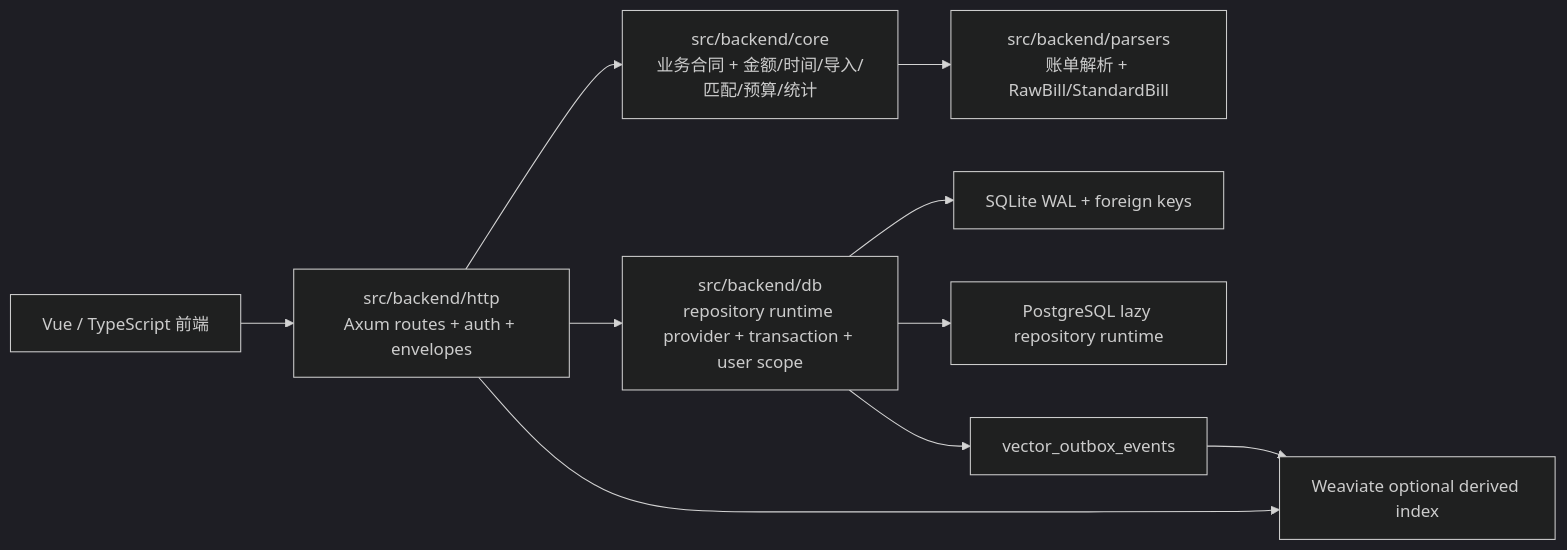
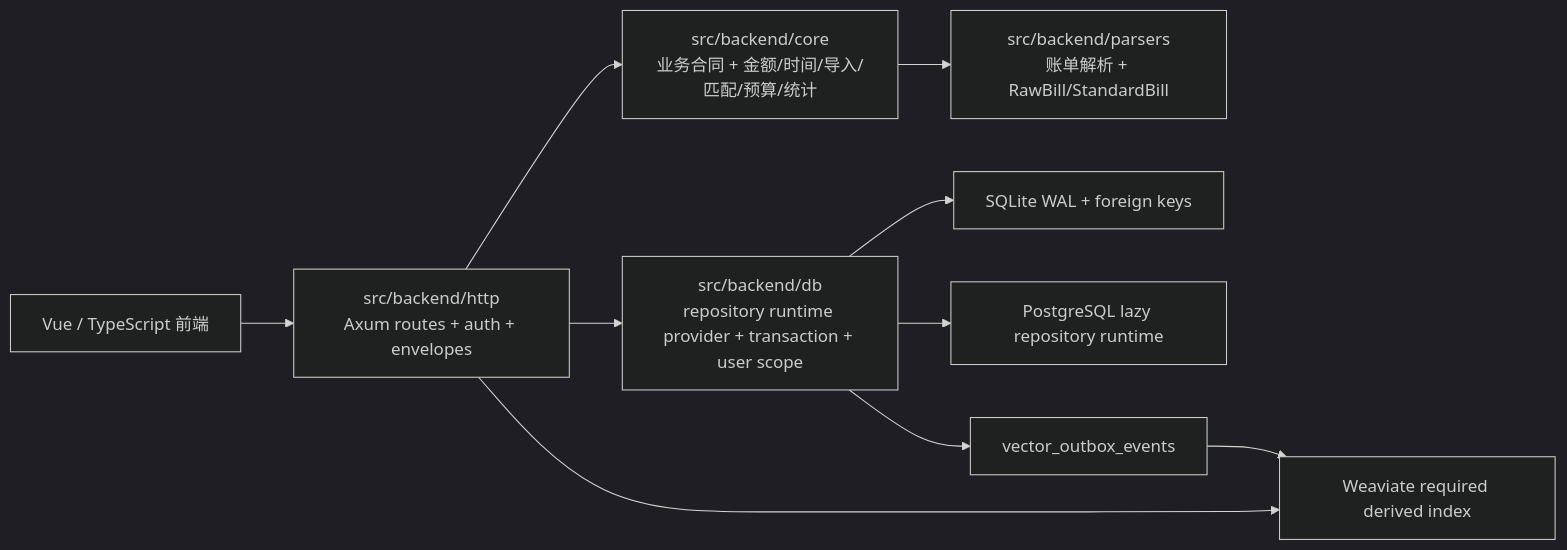
Before and after one commit to hcy0317/bill_analyser: the first of 4 diagrams in docs/backend-map.md, drawn with Mermaid (dark theme). The commit also changed other lines of this file and 18 other files, not shown here.

````diff
--- a/docs/backend-map.md
+++ b/docs/backend-map.md
@@ -10,12 +10,12 @@
 ```mermaid
 flowchart LR
   Web["Vue / TypeScript 前端"] --> Http["src/backend/http\nAxum routes + auth + envelopes"]
   Http --> Core["src/backend/core\n业务合同 + 金额/时间/导入/匹配/预算/统计"]
   Http --> Db["src/backend/db\nrepository runtime provider + transaction + user scope"]
   Core --> Parsers["src/backend/parsers\n账单解析 + RawBill/StandardBill"]
   Db --> SQLite["SQLite WAL + foreign keys"]
   Db --> Postgres["PostgreSQL lazy repository runtime"]
-  Http --> Weaviate["Weaviate optional derived index"]
+  Http --> Weaviate["Weaviate required derived index"]
   Db --> Outbox["vector_outbox_events"]
   Outbox --> Weaviate
 ```
````
